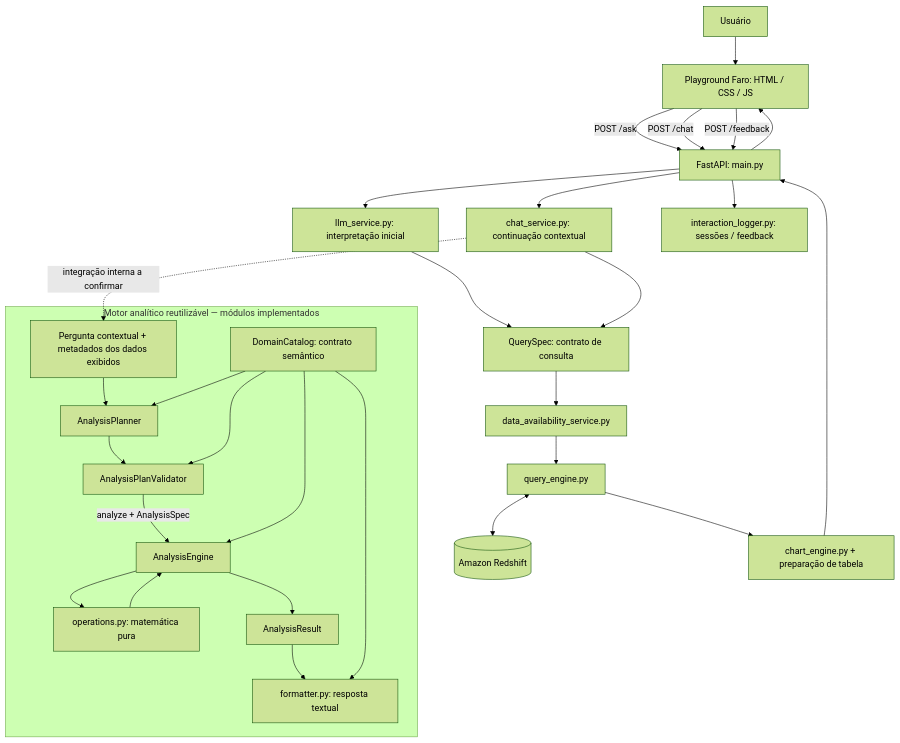
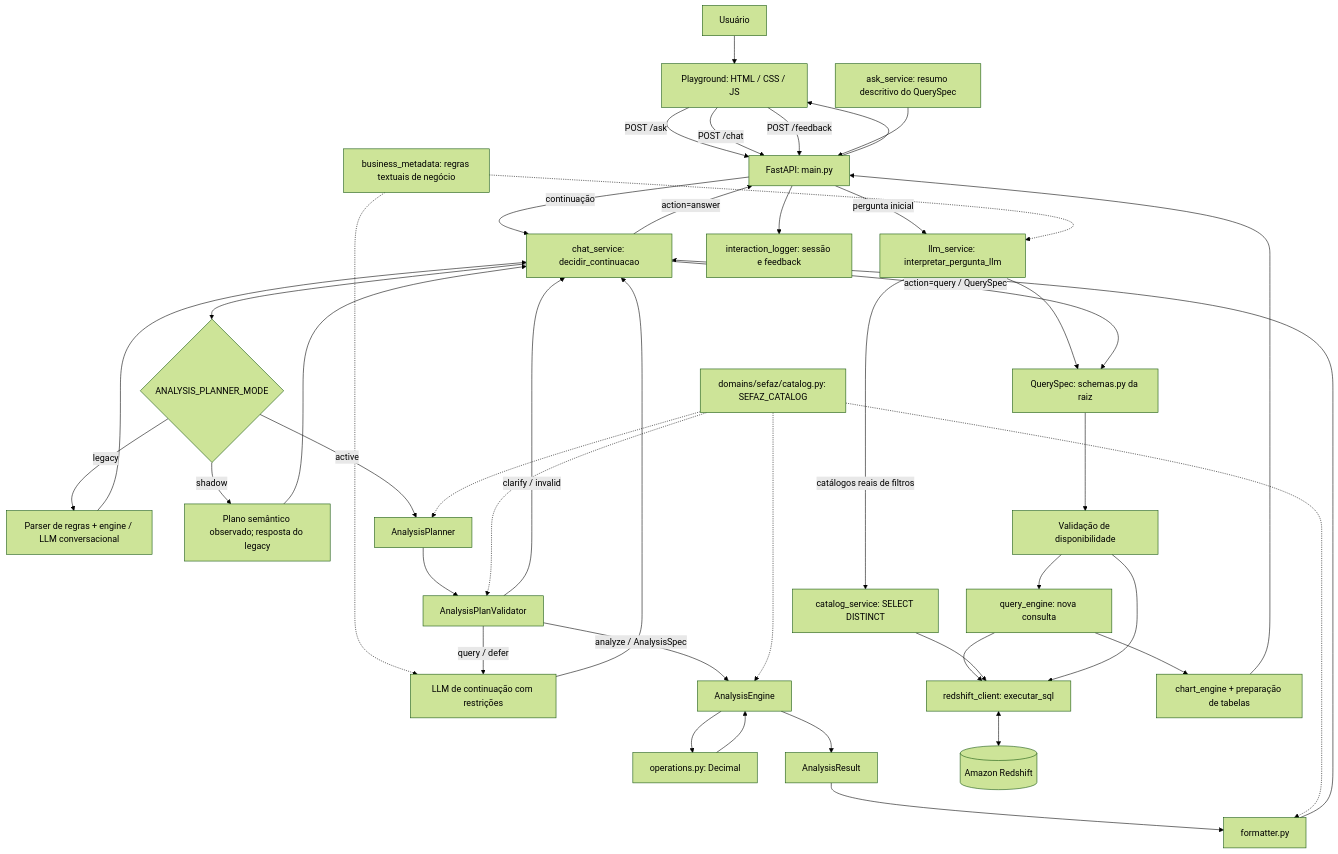
One commit to prc992/MCP-SEFAZ-ARRECADACAO changed the first of 3 diagrams in README.md. Above: the diagram before and after it, drawn with Mermaid (forest theme). The commit also changed other lines of this file, not shown here.

````diff
--- a/README.md
+++ b/README.md
@@ -14,33 +23,46 @@
 ```mermaid
-flowchart TB
-    U[Usuário] --> UI[Playground Faro: HTML / CSS / JS]
-    UI -->|POST /ask| API[FastAPI: main.py]
-    UI -->|POST /chat| API
-    UI -->|POST /feedback| API
-    API --> INIT[llm_service.py: interpretação inicial]
-    INIT --> QS[QuerySpec: contrato de consulta]
-    API --> CHAT[chat_service.py: continuação contextual]
-    CHAT --> QS
-    QS --> DISP[data_availability_service.py]
-    DISP --> SQL[query_engine.py]
-    SQL <--> DB[(Amazon Redshift)]
-    SQL --> VIS[chart_engine.py + preparação de tabela]
-    VIS --> API
-    API --> LOG[interaction_logger.py: sessões / feedback]
-    API --> UI
-
-    subgraph AN[Motor analítico reutilizável — módulos implementados]
-        INPUT[Pergunta contextual + metadados dos dados exibidos] --> P[AnalysisPlanner]
-        CAT[DomainCatalog: contrato semântico] --> P
-        P --> V[AnalysisPlanValidator]
-        CAT --> V
-        V -->|analyze + AnalysisSpec| E[AnalysisEngine]
-        CAT --> E
-        E --> OPS[operations.py: matemática pura]
-        OPS --> E
-        E --> R[AnalysisResult]
-        R --> F[formatter.py: resposta textual]
-        CAT --> F
-    end
-    CHAT -.->|integração interna a confirmar| INPUT
+flowchart TD
+    U[Usuário] --> FE[Playground: HTML / CSS / JS]
+    FE -->|POST /ask| API[FastAPI: main.py]
+    FE -->|POST /chat| API
+    FE -->|POST /feedback| API
+    API -->|pergunta inicial| LLM[llm_service: interpretar_pergunta_llm]
+    BM[business_metadata: regras textuais de negócio] -.-> LLM
+    BM -.-> SECOND
+    LLM --> QS[QuerySpec: schemas.py da raiz]
+    LLM -->|catálogos reais de filtros| CLS[catalog_service: SELECT DISTINCT]
+    API -->|continuação| CHAT[chat_service: decidir_continuacao]
+    CHAT --> MOD{ANALYSIS_PLANNER_MODE}
+    MOD -->|legacy| LEG[Parser de regras + engine / LLM conversacional]
+    MOD -->|shadow| SH[Plano semântico observado; resposta do legacy]
+    MOD -->|active| PLAN[AnalysisPlanner]
+    PLAN --> VALID[AnalysisPlanValidator]
+    VALID -->|analyze / AnalysisSpec| ENG[AnalysisEngine]
+    ENG --> OPS[operations.py: Decimal]
+    OPS --> ENG
+    ENG --> RES[AnalysisResult]
+    RES --> FMT[formatter.py]
+    FMT --> CHAT
+    VALID -->|clarify / invalid| CHAT
+    VALID -->|query / defer| SECOND[LLM de continuação com restrições]
+    SECOND --> CHAT
+    LEG --> CHAT
+    SH --> CHAT
+    CHAT -->|action=query / QuerySpec| QS
+    QS --> AV[Validação de disponibilidade]
+    AV --> QE[query_engine: nova consulta]
+    QE --> RSC[redshift_client: executar_sql]
+    CLS --> RSC
+    AV --> RSC
+    RSC <--> DB[(Amazon Redshift)]
+    QE --> CHART[chart_engine + preparação de tabelas]
+    CHART --> API
+    ASK_SUM[ask_service: resumo descritivo do QuerySpec] --> API
+    CHAT -->|action=answer| API
+    API --> OBS[interaction_logger: sessão e feedback]
+    API --> FE
+    CAT[domains/sefaz/catalog.py: SEFAZ_CATALOG] -.-> PLAN
+    CAT -.-> VALID
+    CAT -.-> ENG
+    CAT -.-> FMT
 ```
````
